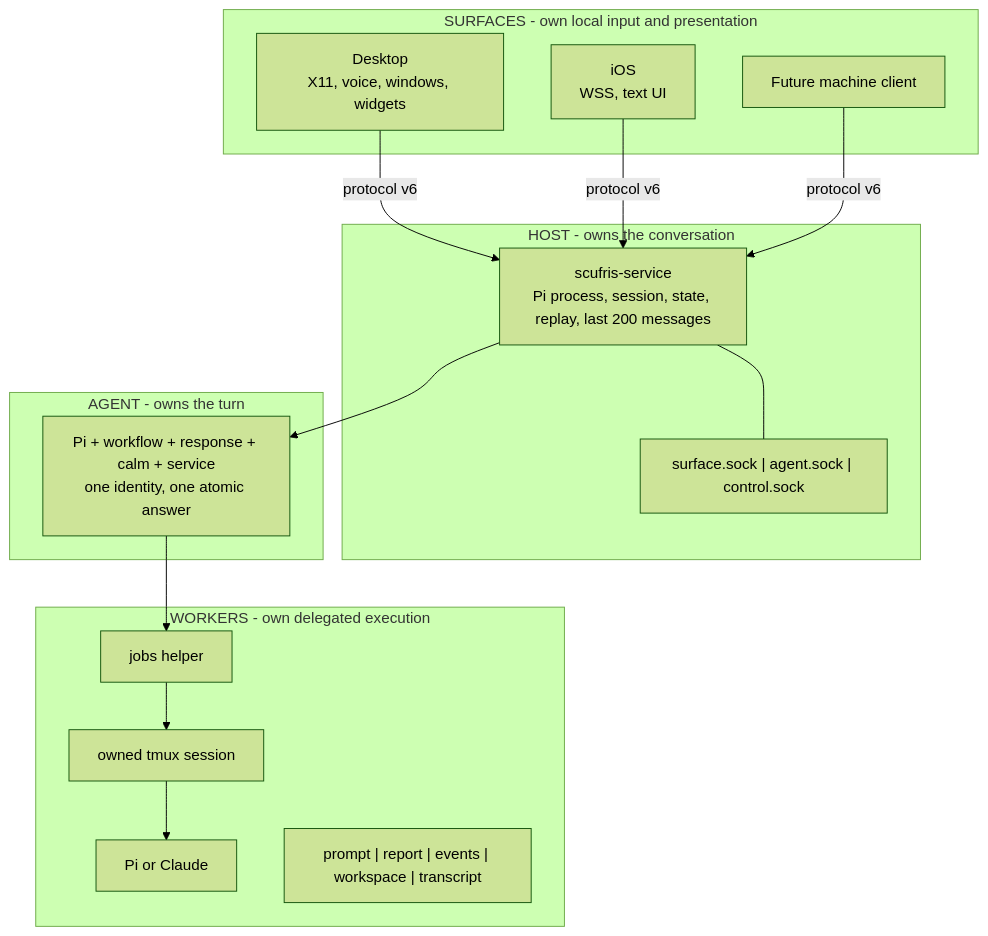
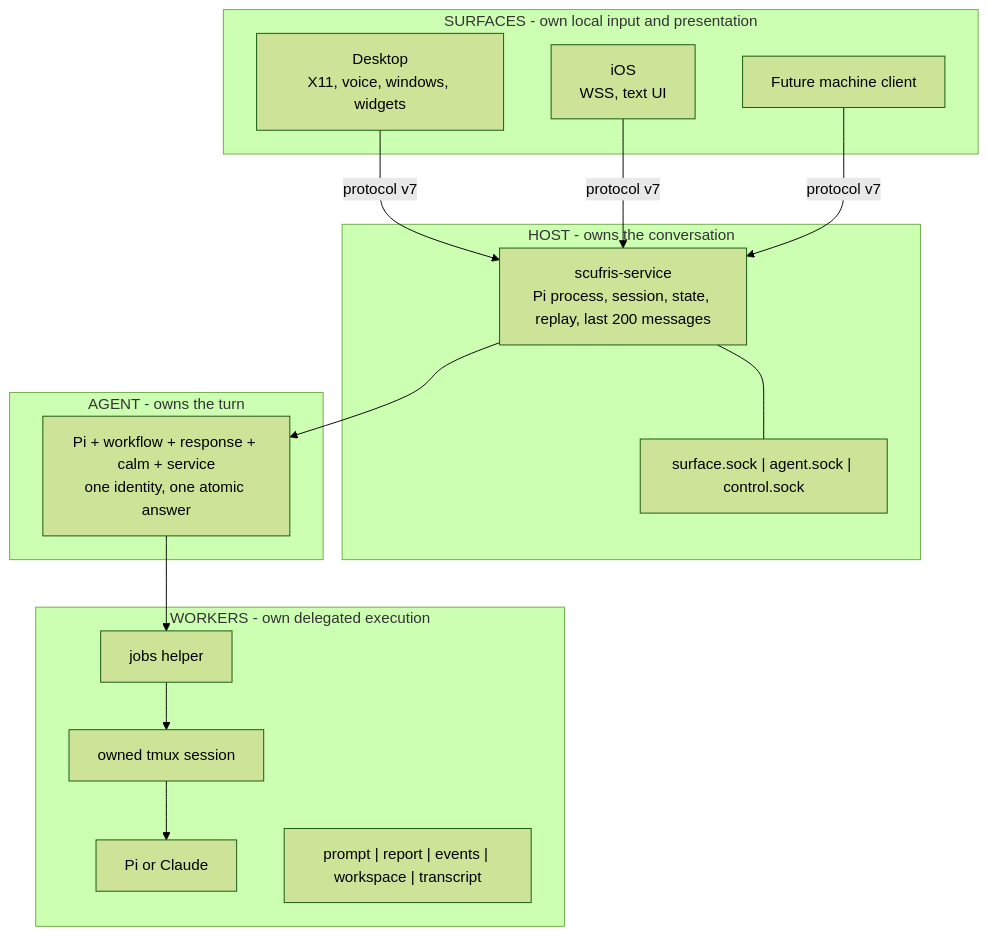
One commit to alexjercan/scufris2 changed the first of 5 diagrams in docs/src/dev/architecture.md. Above: the diagram before and after it, drawn with Mermaid (forest theme). The commit also changed other lines of this file and 48 other files, not shown here.

````diff
--- a/docs/src/dev/architecture.md
+++ b/docs/src/dev/architecture.md
@@ -7,25 +7,25 @@
 ```mermaid
 flowchart TB
     subgraph Surfaces["SURFACES - own local input and presentation"]
         Desktop["Desktop<br/>X11, voice, windows, widgets"]
         IOS["iOS<br/>WSS, text UI"]
         Future["Future machine client"]
     end
     subgraph Host["HOST - owns the conversation"]
         Service["scufris-service<br/>Pi process, session, state, replay, last 200 messages"]
         Sockets["surface.sock | agent.sock | control.sock"]
         Service --- Sockets
     end
     subgraph Agent["AGENT - owns the turn"]
         Pi["Pi + workflow + response + calm + service<br/>one identity, one atomic answer"]
     end
     subgraph Workers["WORKERS - own delegated execution"]
         Helper[jobs helper] --> Tmux[owned tmux session] --> Harness[Pi or Claude]
         Durable["prompt | report | events | workspace | transcript"]
     end
-    Desktop -->|protocol v6| Service
-    IOS -->|protocol v6| Service
-    Future -->|protocol v6| Service
+    Desktop -->|protocol v7| Service
+    IOS -->|protocol v7| Service
+    Future -->|protocol v7| Service
     Service --> Pi
     Pi --> Helper
 ```
````
